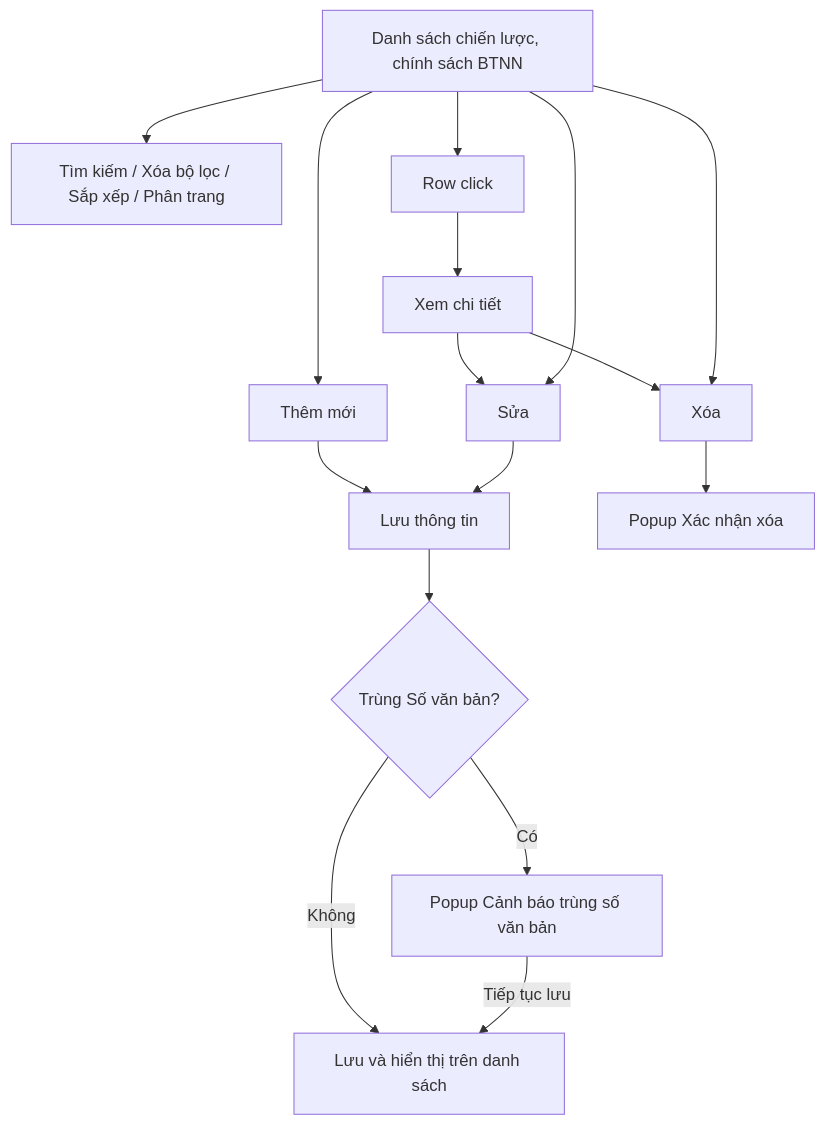
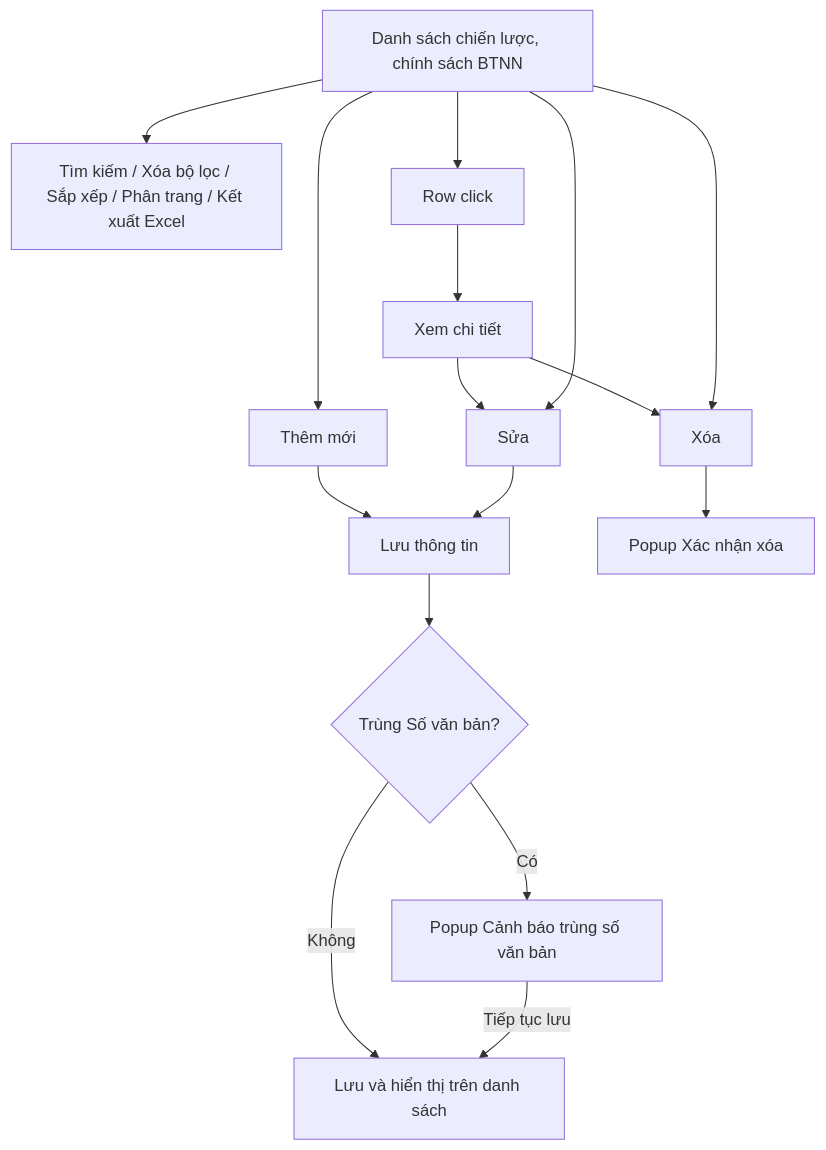
One commit to huyendt2007/BPBD_UI changed the diagram in Tai_lieu_SRS/03_Website_Quan_tri/03_Cong_tac_boi_thuong/SRS_BTNN_BTP_ChienLuoc_ChinhSach.md. Above: the diagram before and after it, drawn with Mermaid. The commit also changed other lines of this file and 155 other files, not shown here.

First line of the commit message:
feat(btnn): Kết xuất Excel 16 module, Tài liệu đính kèm, Bị trả lại, E-Form DVC

````diff
--- a/Tai_lieu_SRS/03_Website_Quan_tri/03_Cong_tac_boi_thuong/SRS_BTNN_BTP_ChienLuoc_ChinhSach.md
+++ b/Tai_lieu_SRS/03_Website_Quan_tri/03_Cong_tac_boi_thuong/SRS_BTNN_BTP_ChienLuoc_ChinhSach.md
@@ -25,14 +25,14 @@
 ```mermaid
 flowchart TD
-    A[Danh sách chiến lược, chính sách BTNN] --> B[Tìm kiếm / Xóa bộ lọc / Sắp xếp / Phân trang]
+    A[Danh sách chiến lược, chính sách BTNN] --> B[Tìm kiếm / Xóa bộ lọc / Sắp xếp / Phân trang / Kết xuất Excel]
     A --> G[Row click] --> K[Xem chi tiết]
     K --> E
     K --> F
     A --> C[Thêm mới] --> D[Lưu thông tin]
     A --> E[Sửa] --> D
     D --> W{Trùng Số văn bản?}
     W -->|Có| P[Popup Cảnh báo trùng số văn bản]
     W -->|Không| S[Lưu và hiển thị trên danh sách]
     P -->|Tiếp tục lưu| S
     A --> F[Xóa] --> X[Popup Xác nhận xóa]
 ```
````
